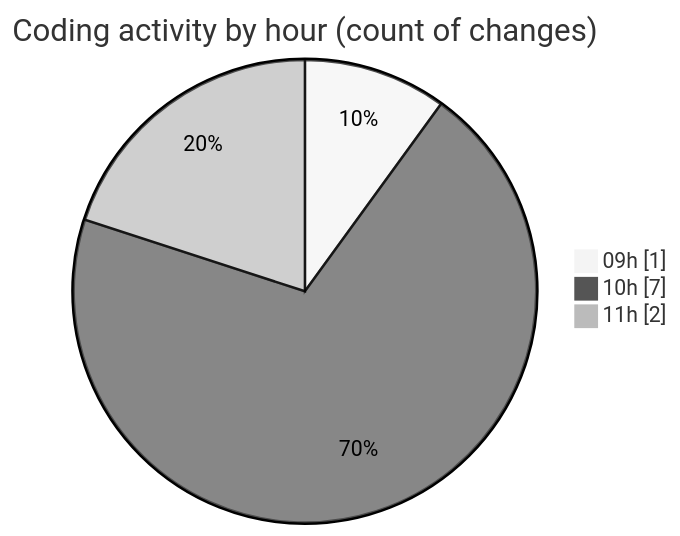
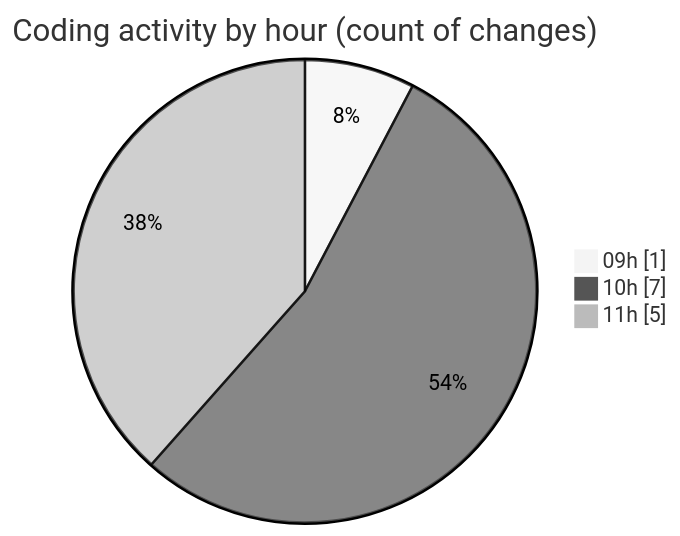
The second of 2 diagrams in 2025-05-01/ecodeli/README.md (CELIANVF/code-tracking), drawn with Mermaid (neutral theme) before and after one commit. The commit also changed other lines of this file and 1 other file, not shown here.

````diff
--- a/2025-05-01/ecodeli/README.md
+++ b/2025-05-01/ecodeli/README.md
@@ -35,7 +37,7 @@
 ```mermaid
 pie showData
 title Coding activity by hour (count of changes)
 "09h" : 1
 "10h" : 7
-"11h" : 2
+"11h" : 5
 ```
````
